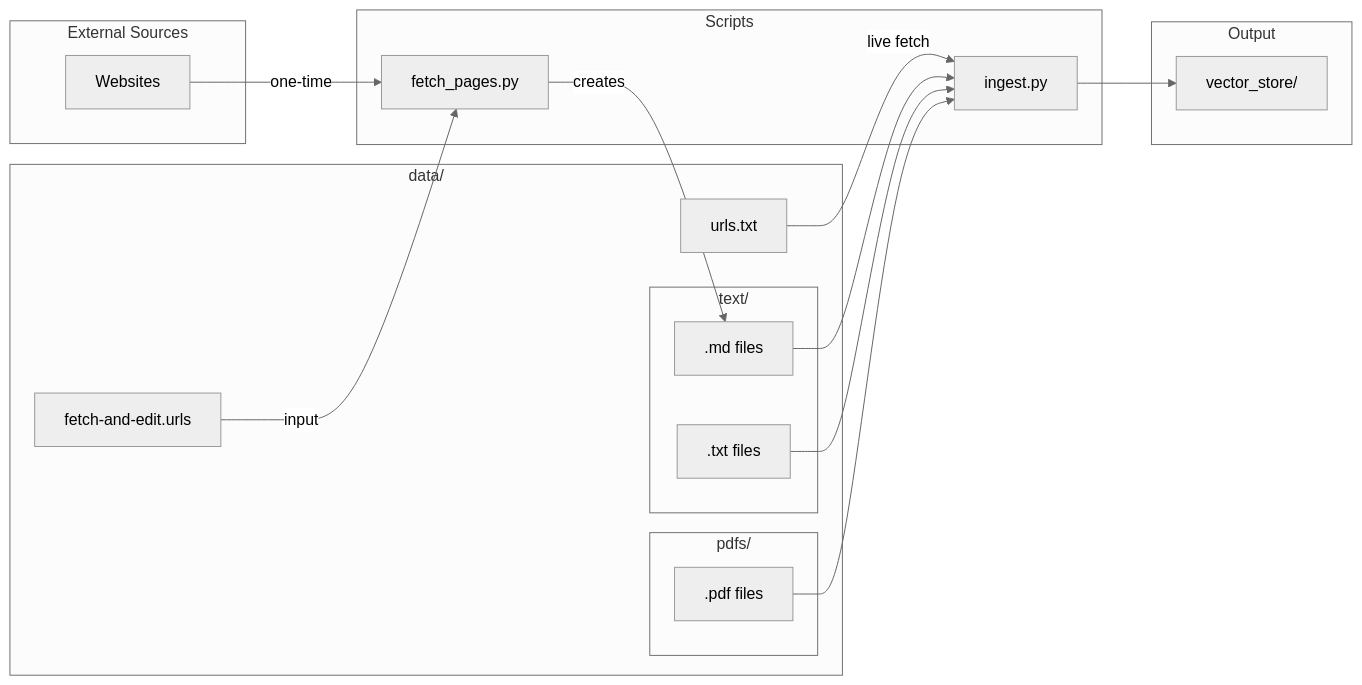
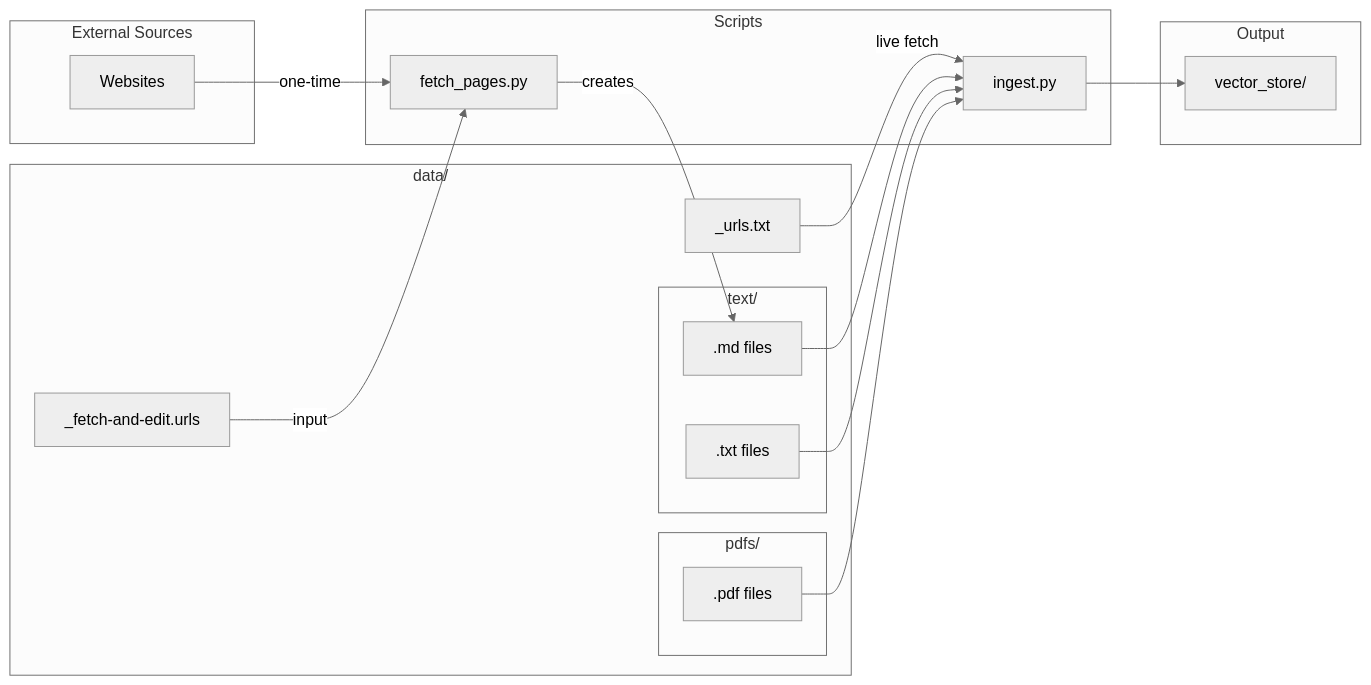
Before and after one commit to bkayser/OSROAgent: the diagram in README-ingest.md, drawn with Mermaid (neutral theme). The commit also changed other lines of this file and 36 other files, not shown here.

````diff
--- a/README-ingest.md
+++ b/README-ingest.md
@@ -32,37 +34,37 @@
 ```mermaid
 flowchart LR
     subgraph sources [External Sources]
         web[Websites]
     end
 
     subgraph datadir [data/]
-        urls["urls.txt"]
-        fetchurls["fetch-and-edit.urls"]
+        urls["_urls.txt"]
+        fetchurls["_fetch-and-edit.urls"]
         subgraph text [text/]
             md[".md files"]
             txt[".txt files"]
         end
         subgraph pdfs [pdfs/]
             pdf[".pdf files"]
         end
     end
 
     subgraph tools [Scripts]
         fetch["fetch_pages.py"]
         ingest["ingest.py"]
     end
 
     subgraph output [Output]
         vs["vector_store/"]
     end
 
     web -->|one-time| fetch
     fetchurls -->|input| fetch
     fetch -->|creates| md
 
     urls -->|live fetch| ingest
     md --> ingest
     txt --> ingest
     pdf --> ingest
     ingest --> vs
 ```
````
